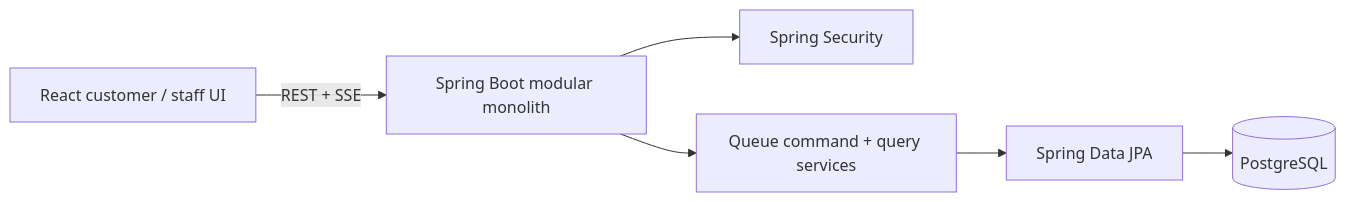
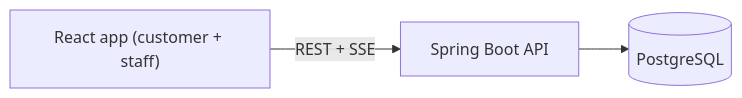
One commit to YashwardhanV/Line-Pilot changed the diagram in README.md. Above: the diagram before and after it, drawn with Mermaid. The commit also changed other lines of this file and 2 other files, not shown here.

````diff
--- a/README.md
+++ b/README.md
@@ -23,8 +21,5 @@
 ```mermaid
 flowchart LR
-    Browser["React customer / staff UI"] -->|"REST + SSE"| API["Spring Boot modular monolith"]
-    API --> Security["Spring Security"]
-    API --> Service["Queue command + query services"]
-    Service --> JPA["Spring Data JPA"]
-    JPA --> DB[("PostgreSQL")]
+    Browser["React app (customer + staff)"] -->|"REST + SSE"| API["Spring Boot API"]
+    API --> DB[("PostgreSQL")]
 ```
````
